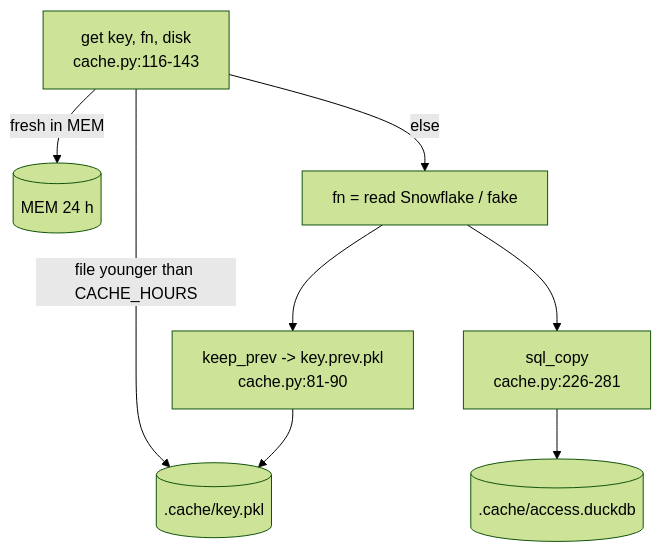
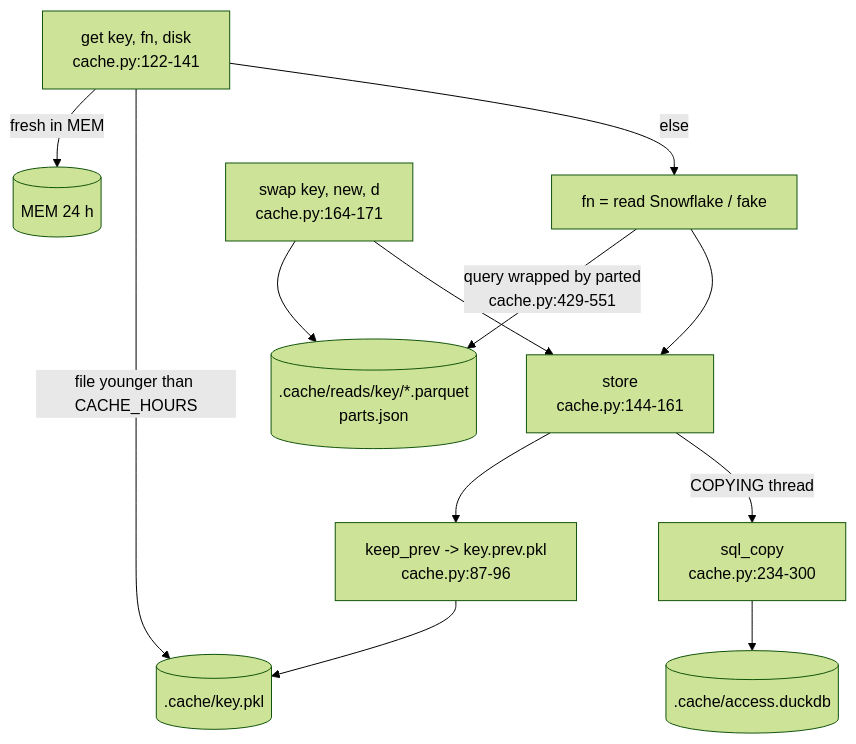
One commit to darshanmeel/snowflake-access-explorer changed the diagram in snowflake-access-explorer-knowledge-graph/modules/cache.md. Above: the diagram before and after it, drawn with Mermaid (forest theme). The commit also changed other lines of this file and 82 other files, not shown here.

Commit message:
Knowledge graph: parts store, two-stage load, background refresh, DuckDB rule walk, kept rule results, review fixes (to 448bdbb)

````diff
--- a/snowflake-access-explorer-knowledge-graph/modules/cache.md
+++ b/snowflake-access-explorer-knowledge-graph/modules/cache.md
@@ -6,10 +6,14 @@
 ```mermaid
 flowchart TD
-  G[get key, fn, disk<br/>cache.py:116-143] -->|fresh in MEM| M[(MEM 24 h)]
+  G[get key, fn, disk<br/>cache.py:122-141] -->|fresh in MEM| M[(MEM 24 h)]
   G -->|file younger than CACHE_HOURS| P[(.cache/key.pkl)]
   G -->|else| FN[fn = read Snowflake / fake]
-  FN --> SQ[sql_copy<br/>cache.py:226-281]
-  FN --> KP[keep_prev -> key.prev.pkl<br/>cache.py:81-90]
+  FN -->|query wrapped by parted<br/>cache.py:429-551| RD[(.cache/reads/key/*.parquet<br/>parts.json)]
+  FN --> ST[store<br/>cache.py:144-161]
+  ST --> KP[keep_prev -> key.prev.pkl<br/>cache.py:87-96]
   KP --> P
+  ST -->|COPYING thread| SQ[sql_copy<br/>cache.py:234-300]
   SQ --> D[(.cache/access.duckdb)]
+  SW[swap key, new, d<br/>cache.py:164-171] --> RD
+  SW --> ST
 ```
````
